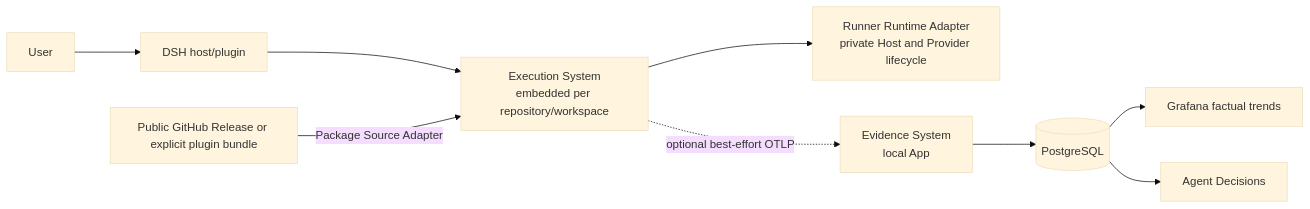
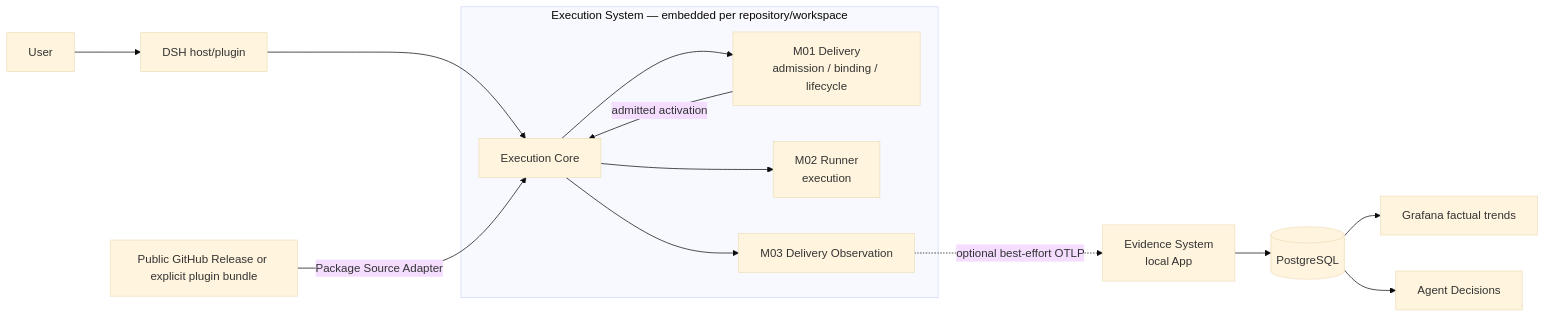
One commit to firestige/workflow-self-recursive changed the diagram in docs/agent-architecture.md. Above: the diagram before and after it, drawn with Mermaid (base theme). The commit also changed other lines of this file and 28 other files, not shown here.

````diff
--- a/docs/agent-architecture.md
+++ b/docs/agent-architecture.md
@@ -44,11 +45,16 @@
 ```mermaid
 flowchart LR
     U["User"] --> H["DSH host/plugin"]
-    H --> X["Execution System<br/>embedded per repository/workspace"]
-    S["Public GitHub Release or explicit plugin bundle"] -->|"Package Source Adapter"| X
-    X --> R["Runner Runtime Adapter<br/>private Host and Provider lifecycle"]
-    X -. "optional best-effort OTLP" .-> E["Evidence System<br/>local App"]
+    subgraph X["Execution System — embedded per repository/workspace"]
+      Core["Execution Core"] --> D["M01 Delivery<br/>admission / binding / lifecycle"]
+      D -->|"admitted activation"| Core
+      Core --> R["M02 Runner<br/>execution"]
+      Core --> O["M03 Delivery Observation"]
+    end
+    H --> Core
+    S["Public GitHub Release or explicit plugin bundle"] -->|"Package Source Adapter"| Core
+    O -. "optional best-effort OTLP" .-> E["Evidence System<br/>local App"]
     E --> P[("PostgreSQL")]
     P --> G["Grafana factual trends"]
     P --> A["Agent Decisions"]
 ```
````
